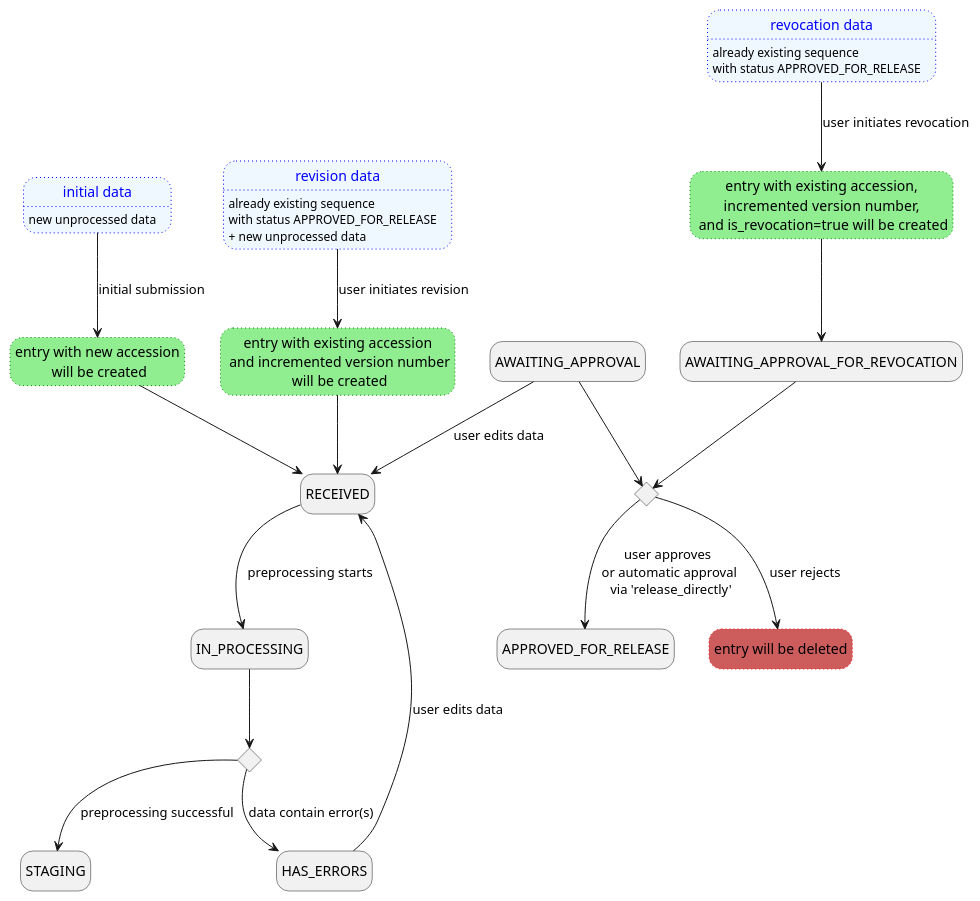
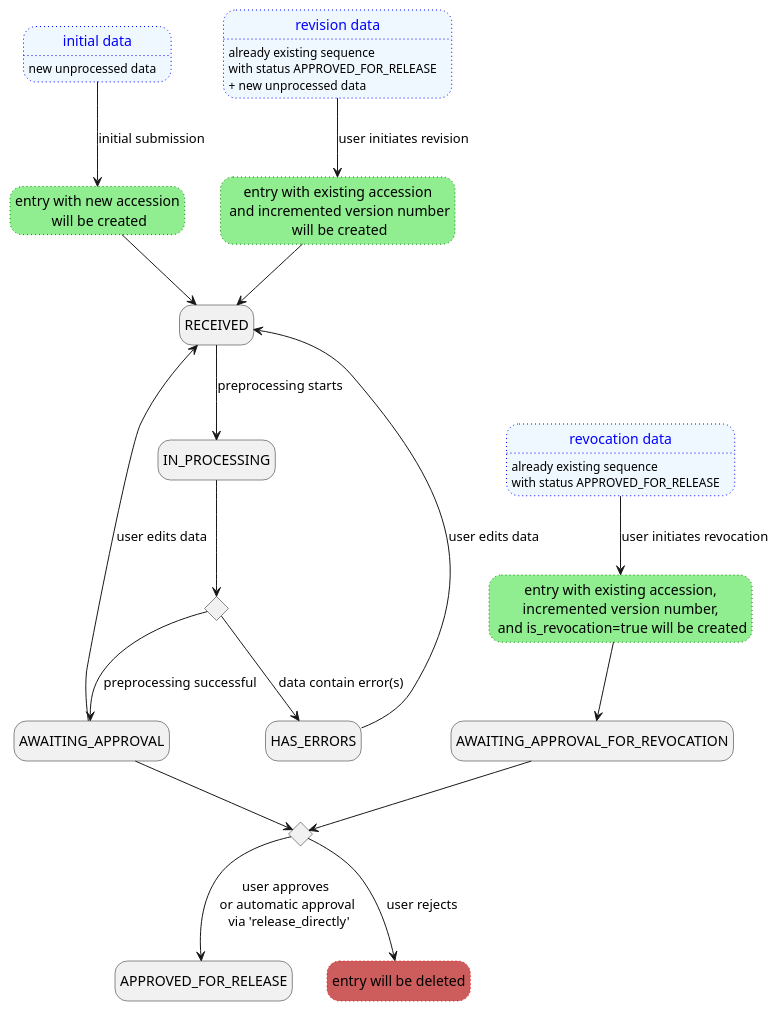
Before and after one commit to loculus-project/loculus: the diagram in backend/docs/plantuml/statusChange.puml, drawn with PlantUML. The commit also changed 2 other files, not shown here.

Commit message:
chore(docs): complete rename "STAGING" -> "AWAITING_APPROVAL"

```diff
--- a/backend/docs/plantuml/statusChange.puml
+++ b/backend/docs/plantuml/statusChange.puml
@@ -1,54 +1,55 @@
 @startuml
     hide empty description
 
     ' input data
     state INITIAL_DATA as "initial data" #aliceblue;line:blue;line.dotted;text:blue {
         INITIAL_DATA: new unprocessed data
         }
     state REVISION_DATA as "revision data" #aliceblue;line:blue;line.dotted;text:blue {
         REVISION_DATA: already existing sequence
         REVISION_DATA: with status APPROVED_FOR_RELEASE
         REVISION_DATA: + new unprocessed data
     }
     state REVOKED_DATA as "revocation data" #aliceblue;line:blue;line.dotted;text:blue{
         REVOKED_DATA: already existing sequence
         REVOKED_DATA: with status APPROVED_FOR_RELEASE
     }
 
     ' status states
     state AWAITING_APPROVAL_FOR_REVOCATION
     state RECEIVED
     state IN_PROCESSING
     state HAS_ERRORS
     state RECEIVED
     state APPROVED_FOR_RELEASE
+    state AWAITING_APPROVAL
 
     ' actions
     state CREATING_SUBMIT as "entry with new accession\n will be created" #lightgreen;line:green;line.dotted
     state CREATING_REVISE as "entry with existing accession\n and incremented version number\n will be created" #lightgreen;line:green;line.dotted
     state CREATING_REVOKE as "entry with existing accession,\n incremented version number, \n and is_revocation=true will be created" #lightgreen;line:green;line.dotted
     state DELETION as "entry will be deleted" #IndianRed;line:red;line.dotted
     state is_error <<choice>>
     state is_approved <<choice>>
 
     ' transitions
     INITIAL_DATA --> CREATING_SUBMIT : initial submission
     CREATING_SUBMIT --> RECEIVED
     REVISION_DATA --> CREATING_REVISE : user initiates revision
     CREATING_REVISE --> RECEIVED
 
     REVOKED_DATA --> CREATING_REVOKE : user initiates revocation
     CREATING_REVOKE --> AWAITING_APPROVAL_FOR_REVOCATION
     AWAITING_APPROVAL_FOR_REVOCATION --> is_approved
 
     RECEIVED --> IN_PROCESSING : preprocessing starts
     IN_PROCESSING --> is_error
     is_error --> HAS_ERRORS : data contain error(s)
     HAS_ERRORS --> RECEIVED : user edits data
     AWAITING_APPROVAL --> RECEIVED : user edits data
-    is_error --> STAGING : preprocessing successful
+    is_error --> AWAITING_APPROVAL : preprocessing successful
     AWAITING_APPROVAL --> is_approved
     is_approved --> APPROVED_FOR_RELEASE : user approves \nor automatic approval\n via 'release_directly'
     is_approved --> DELETION : user rejects
 
 @enduml
```
